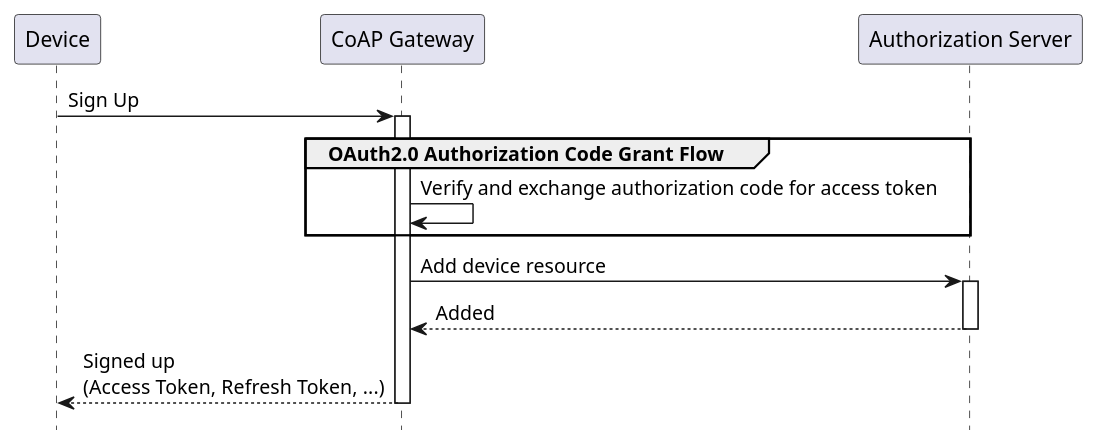
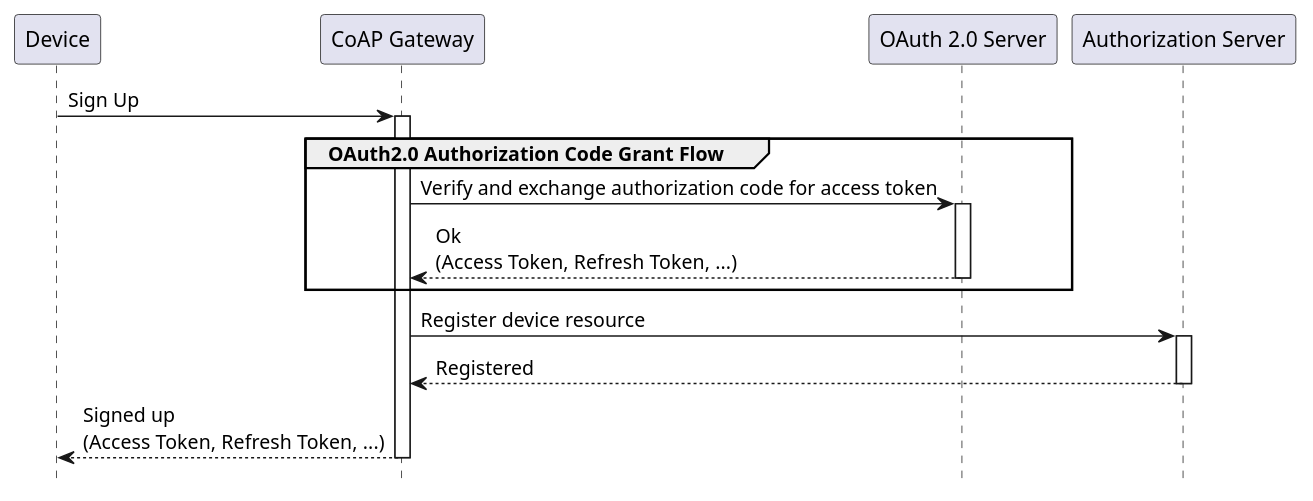
Before and after one commit to plgd-dev/doc: the second of 6 diagrams in content/en/architecture/component-overview.md, drawn with PlantUML.

Commit message:
fixup! component-overview.md: update cloud registration diagram

```diff
--- a/content/en/architecture/component-overview.md
+++ b/content/en/architecture/component-overview.md
@@ -66,18 +66,20 @@
 {{< plantuml id="cloud-registration" >}}
 @startuml Sequence
 skinparam backgroundColor transparent
 hide footbox
 
 participant D as "Device"
 participant CGW as "CoAP Gateway"
+participant O as "OAuth 2.0 Server"
 participant AS as "Authorization Server"
 
 D -> CGW ++: Sign Up
 group OAuth2.0 Authorization Code Grant Flow
-    CGW -> CGW: Verify and exchange authorization code for access token
+    CGW -> O ++: Verify and exchange authorization code for access token
+    return Ok\n(Access Token, Refresh Token, ...)
 end
-CGW -> AS ++: Add device resource
-return Added
+CGW -> AS ++: Register device resource
+return Registered
 return Signed up\n(Access Token, Refresh Token, ...)
 @enduml
 {{< /plantuml >}}
```
